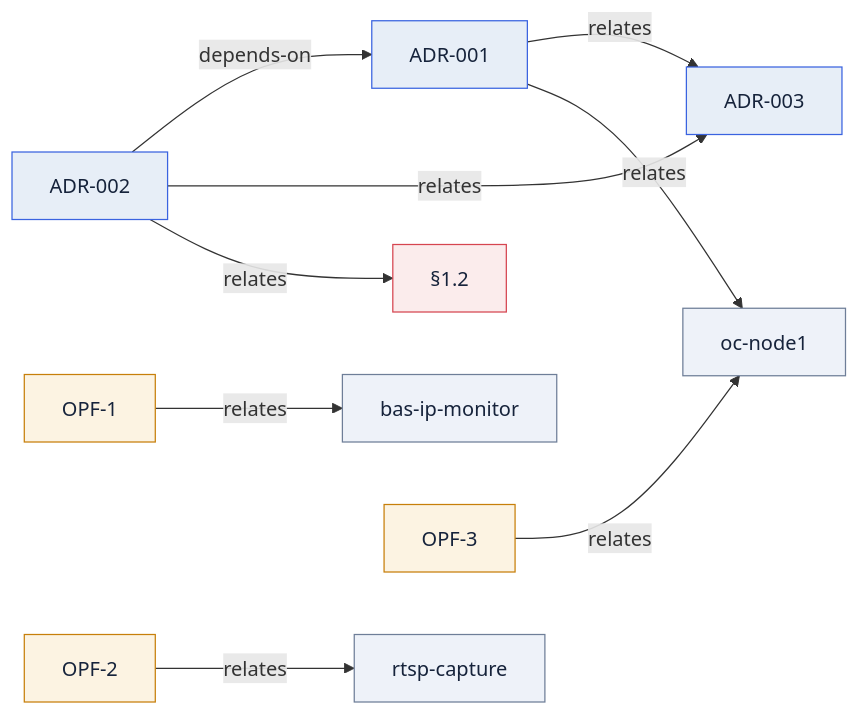
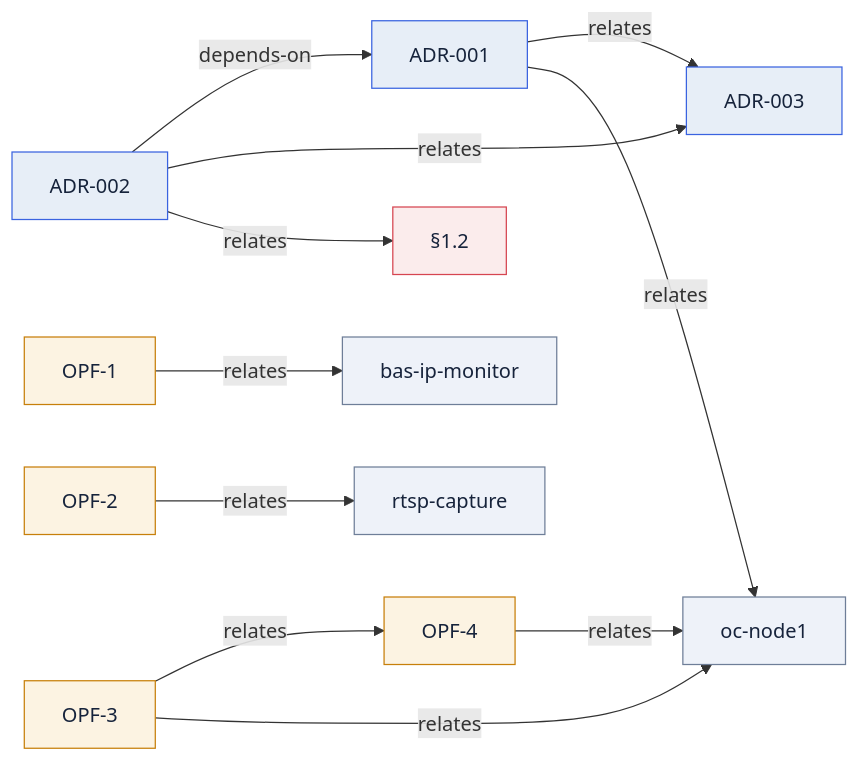
One commit to ikrajushkin/OpenClawAgentFarm changed the diagram in docs/Граф-знаний.md. Above: the diagram before and after it, drawn with Mermaid. The commit also changed other lines of this file and 3 other files, not shown here.

````diff
--- a/docs/Граф-знаний.md
+++ b/docs/Граф-знаний.md
@@ -6,27 +6,30 @@
 ```mermaid
 graph LR
   n0["ADR-001"]:::adr
   n1["ADR-003"]:::adr
   n2["oc-node1"]:::concept
   n3["ADR-002"]:::adr
   n4["§1.2"]:::incident
   n5["OPF-1"]:::debt
   n6["bas-ip-monitor"]:::concept
   n7["OPF-2"]:::debt
   n8["rtsp-capture"]:::concept
   n9["OPF-3"]:::debt
+  n10["OPF-4"]:::debt
   n0 -->|relates| n1
   n0 -->|relates| n2
   n3 -->|depends-on| n0
   n3 -->|relates| n1
   n3 -->|relates| n4
   n5 -->|relates| n6
   n7 -->|relates| n8
+  n9 -->|relates| n10
   n9 -->|relates| n2
+  n10 -->|relates| n2
   classDef adr fill:#E7EEF7,stroke:#3A63E0,color:#16233B;
   classDef incident fill:#FBECEC,stroke:#D64550,color:#16233B;
   classDef debt fill:#FCF3E2,stroke:#C77F0A,color:#16233B;
   classDef sprint fill:#E4F5EC,stroke:#078A5A,color:#16233B;
   classDef req fill:#EDE7F7,stroke:#6A4FCF,color:#16233B;
   classDef concept fill:#EEF2F9,stroke:#6E7E98,color:#16233B;
 ```
````
